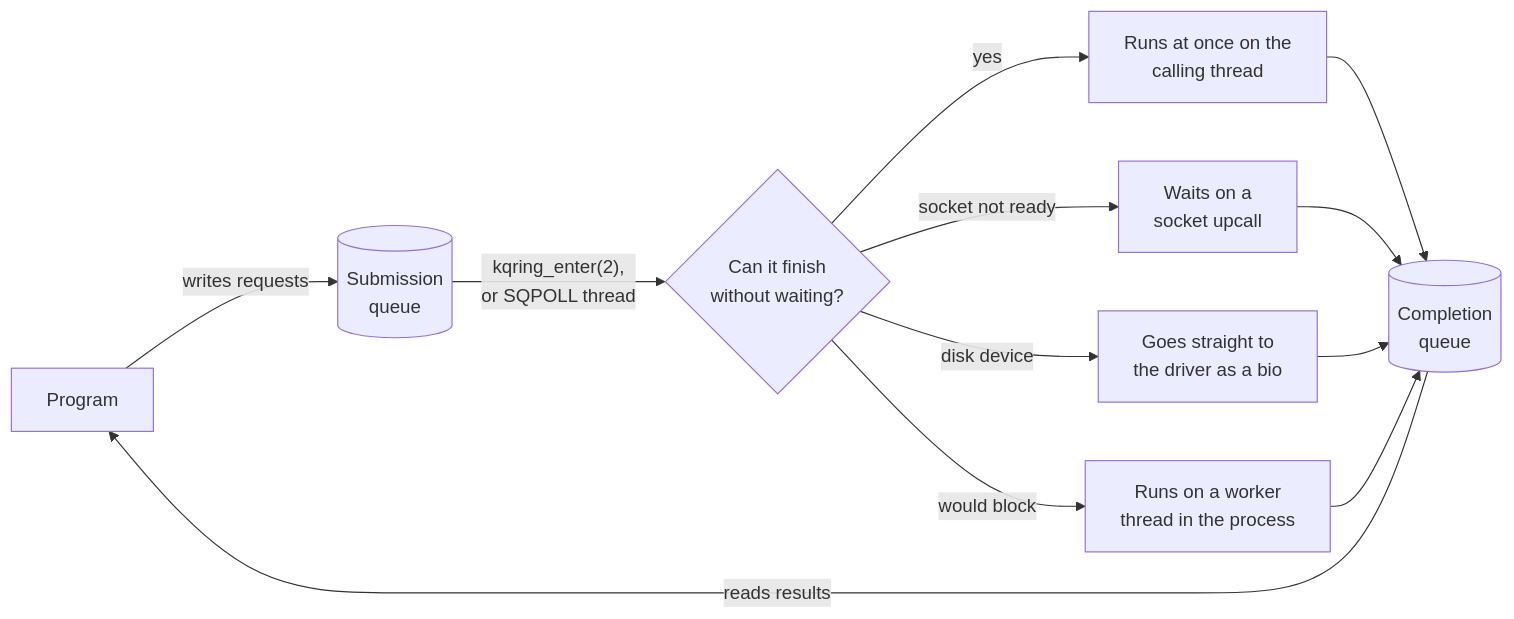
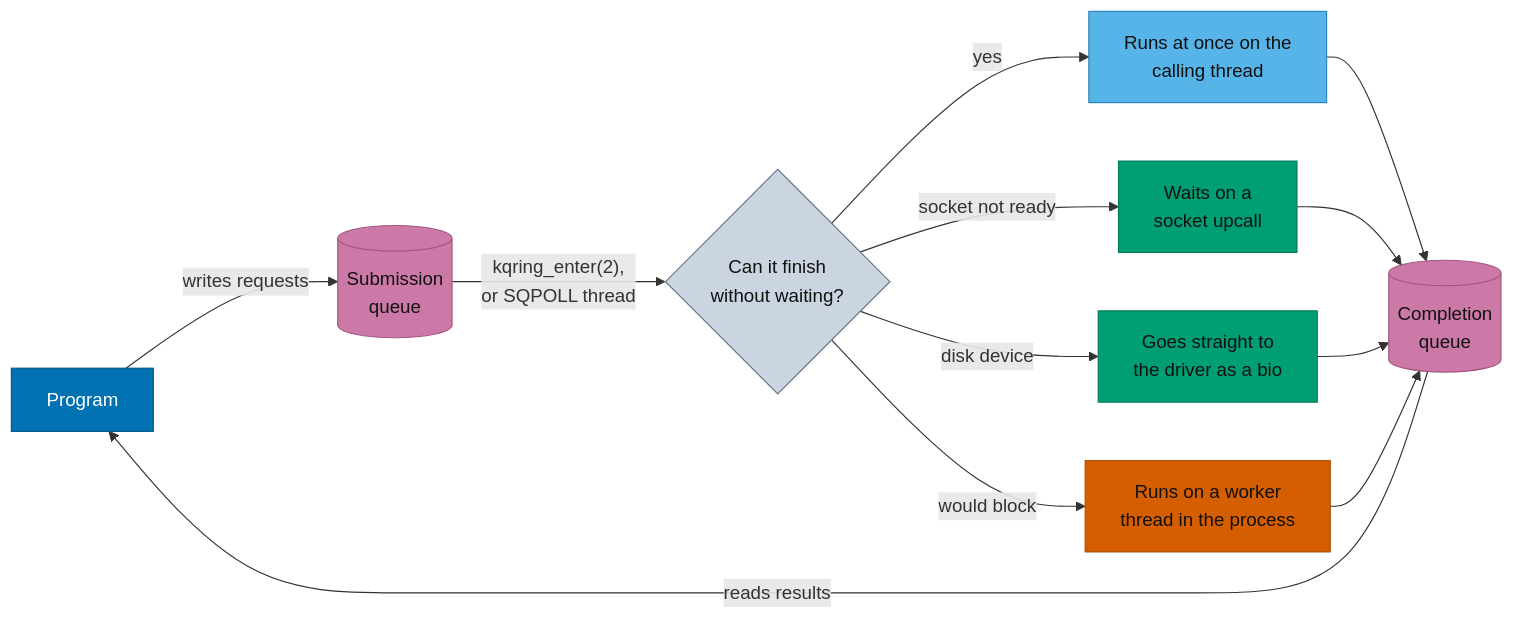
Before and after one commit to grepjava/kqring: the second of 2 diagrams in README.md, drawn with Mermaid. The commit also changed other lines of this file and 1 other file, not shown here.

First line of the commit message:
Docs: color the diagrams by role

````diff
--- a/README.md
+++ b/README.md
@@ -59,14 +63,27 @@
 ```mermaid
 flowchart LR
     App["Program"] -- "writes requests" --> SQ[("Submission<br/>queue")]
     SQ -- "kqring_enter(2),<br/>or SQPOLL thread" --> Issue{"Can it finish<br/>without waiting?"}
     Issue -- "yes" --> Inline["Runs at once on the<br/>calling thread"]
     Issue -- "socket not ready" --> Upcall["Waits on a<br/>socket upcall"]
     Issue -- "disk device" --> Bio["Goes straight to<br/>the driver as a bio"]
     Issue -- "would block" --> Worker["Runs on a worker<br/>thread in the process"]
     Inline --> CQ[("Completion<br/>queue")]
     Upcall --> CQ
     Bio --> CQ
     Worker --> CQ
     CQ -- "reads results" --> App
+
+    classDef app fill:#0072b2,stroke:#005a8c,color:#ffffff
+    classDef core fill:#56b4e9,stroke:#2b83b8,color:#111111
+    classDef ops fill:#009e73,stroke:#007a59,color:#111111
+    classDef worker fill:#d55e00,stroke:#a84a00,color:#111111
+    classDef queue fill:#cc79a7,stroke:#a35684,color:#111111
+    classDef plain fill:#cbd5e1,stroke:#64748b,color:#111111
+    class App app
+    class SQ,CQ queue
+    class Issue plain
+    class Inline core
+    class Upcall,Bio ops
+    class Worker worker
 ```
````
